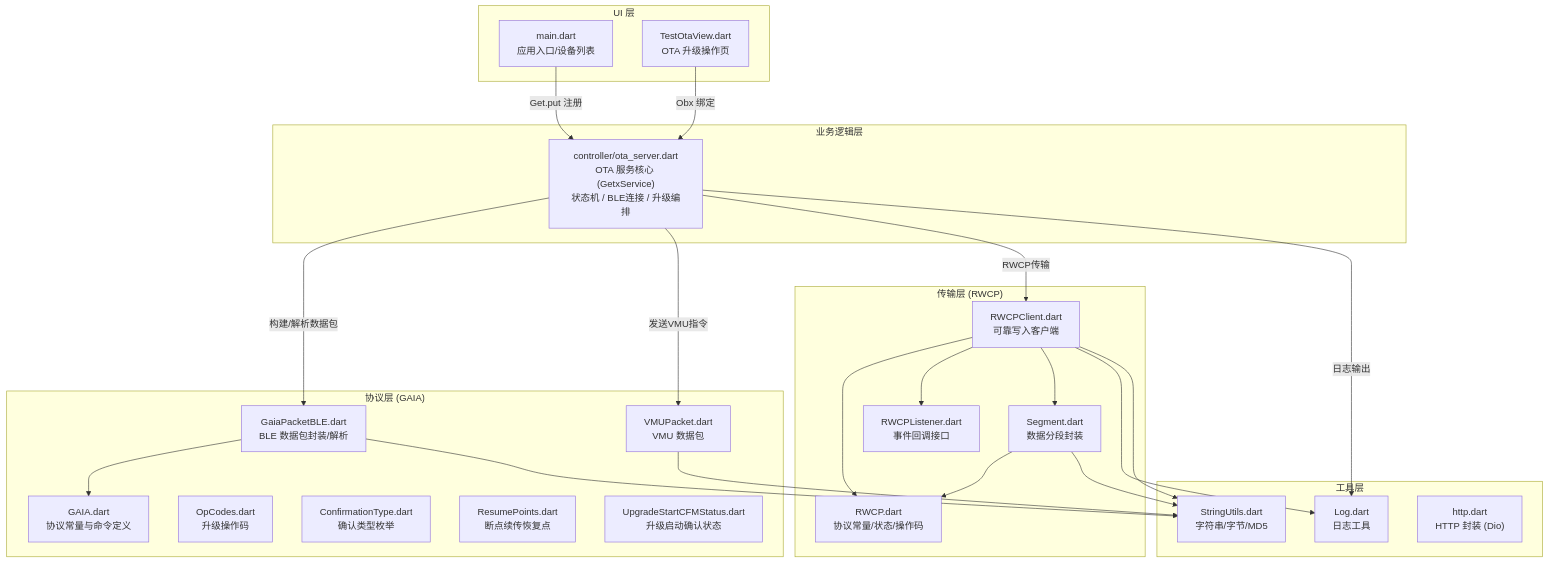
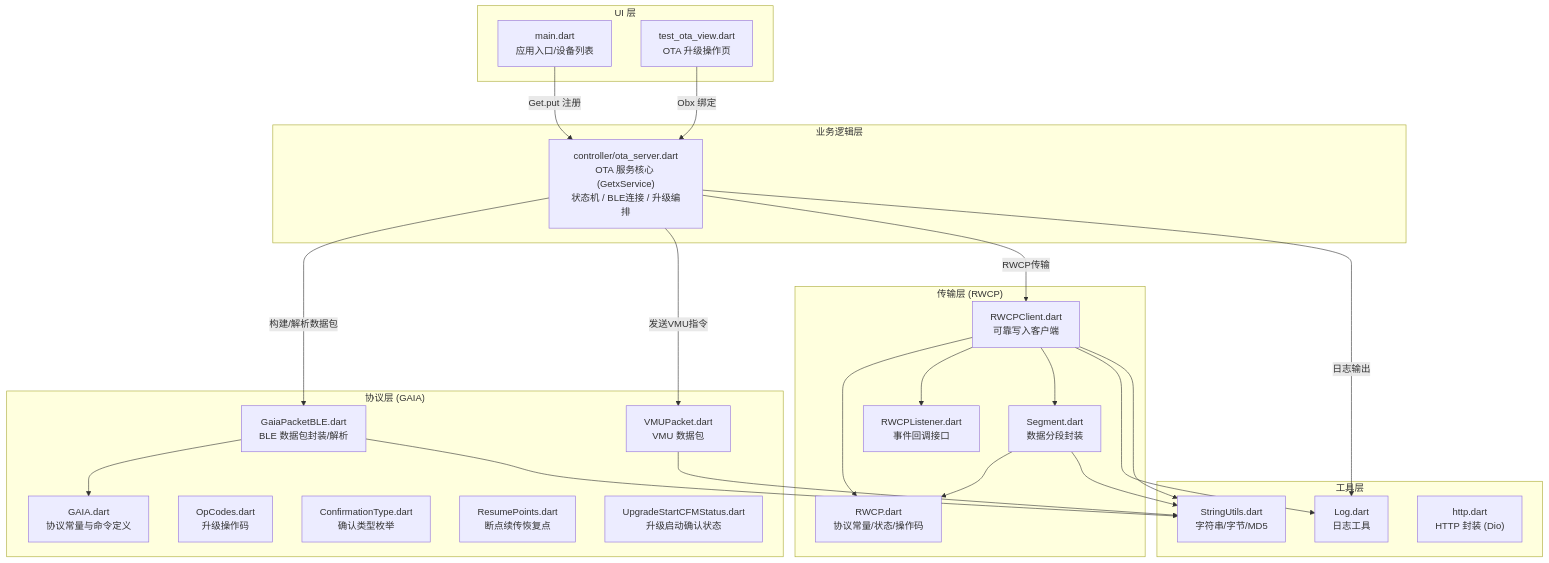
Before and after one commit to H-Chris233/Flutter-GAIAControl: the first of 2 diagrams in CLAUDE.md, drawn with Mermaid. The commit also changed other lines of this file and 12 other files, not shown here.

````diff
--- a/CLAUDE.md
+++ b/CLAUDE.md
@@ -22,55 +22,55 @@
 ```mermaid
 graph TD
     subgraph UI["UI 层"]
         A["main.dart<br/>应用入口/设备列表"]
-        B["TestOtaView.dart<br/>OTA 升级操作页"]
+        B["test_ota_view.dart<br/>OTA 升级操作页"]
     end
 
     subgraph BIZ["业务逻辑层"]
         C["controller/ota_server.dart<br/>OTA 服务核心 (GetxService)<br/>状态机 / BLE连接 / 升级编排"]
     end
 
     subgraph PROTO["协议层 (GAIA)"]
         D["GAIA.dart<br/>协议常量与命令定义"]
         E["GaiaPacketBLE.dart<br/>BLE 数据包封装/解析"]
         F["OpCodes.dart<br/>升级操作码"]
         G["VMUPacket.dart<br/>VMU 数据包"]
         H["ConfirmationType.dart<br/>确认类型枚举"]
         I["ResumePoints.dart<br/>断点续传恢复点"]
         J["UpgradeStartCFMStatus.dart<br/>升级启动确认状态"]
     end
 
     subgraph RWCP_LAYER["传输层 (RWCP)"]
         K["RWCP.dart<br/>协议常量/状态/操作码"]
         L["RWCPClient.dart<br/>可靠写入客户端"]
         M["RWCPListener.dart<br/>事件回调接口"]
         N["Segment.dart<br/>数据分段封装"]
     end
 
     subgraph UTILS["工具层"]
         O["Log.dart<br/>日志工具"]
         P["StringUtils.dart<br/>字符串/字节/MD5"]
         Q["http.dart<br/>HTTP 封装 (Dio)"]
     end
 
     A -->|"Get.put 注册"| C
     B -->|"Obx 绑定"| C
     C -->|"构建/解析数据包"| E
     C -->|"发送VMU指令"| G
     C -->|"RWCP传输"| L
     C -->|"日志输出"| O
     E --> D
     E --> P
     G --> P
     L --> K
     L --> M
     L --> N
     L --> O
     L --> P
     N --> K
     N --> P
 
     click C "./lib/controller/CLAUDE.md" "查看 controller 模块文档"
     click D "./lib/utils/gaia/CLAUDE.md" "查看 gaia 模块文档"
     click K "./lib/utils/gaia/rwcp/CLAUDE.md" "查看 rwcp 模块文档"
 ```
````
